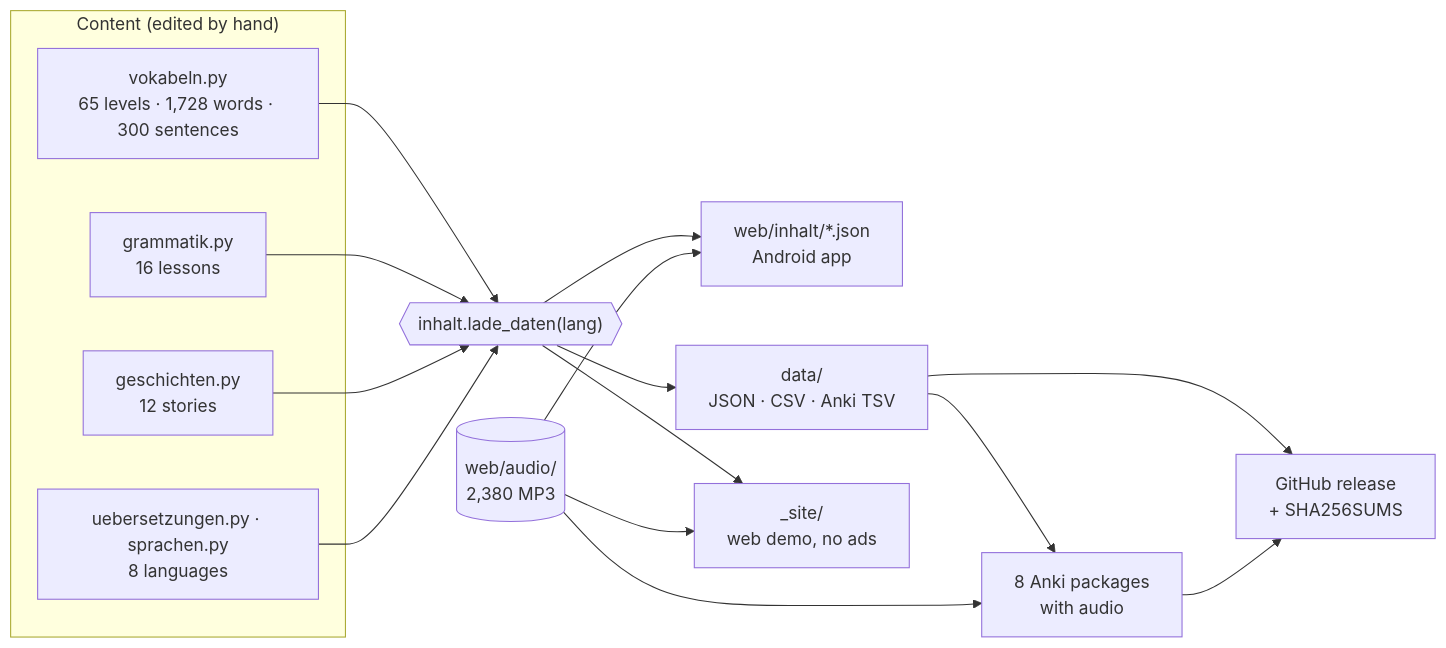
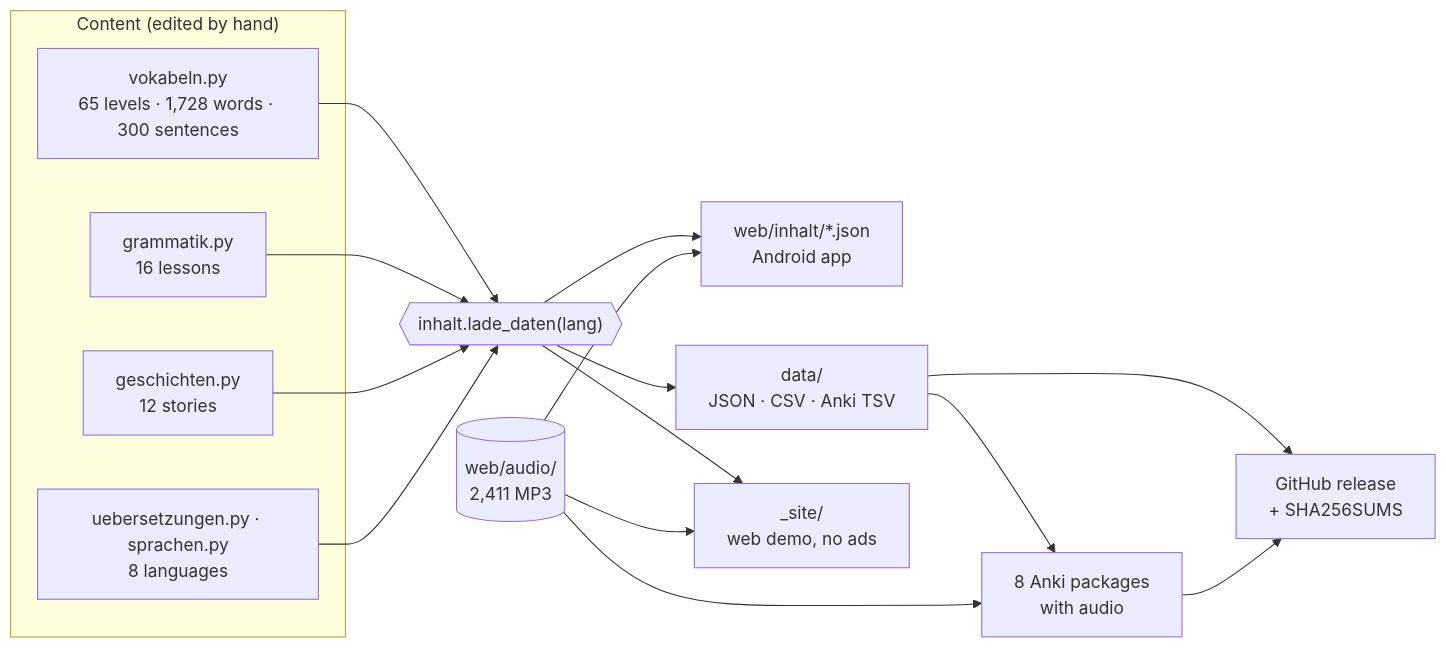
The first of 2 diagrams in README.md (zmaj-lernapp/zmaj), drawn with Mermaid before and after one commit. The commit also changed other lines of this file and 39 other files, not shown here.

````diff
--- a/README.md
+++ b/README.md
@@ -126,19 +126,19 @@
 ```mermaid
 flowchart LR
   subgraph src["Content (edited by hand)"]
     V["vokabeln.py<br/>65 levels · 1,728 words · 300 sentences"]
     G["grammatik.py<br/>16 lessons"]
     S["geschichten.py<br/>12 stories"]
     U["uebersetzungen.py · sprachen.py<br/>8 languages"]
   end
   L{{"inhalt.lade_daten(lang)"}}
   V & G & S & U --> L
-  A[("web/audio/<br/>2,380 MP3")]
+  A[("web/audio/<br/>2,411 MP3")]
   L --> APP["web/inhalt/*.json<br/>Android app"]
   L --> DS["data/<br/>JSON · CSV · Anki TSV"]
   L --> DEMO["_site/<br/>web demo, no ads"]
   DS --> ANKI["8 Anki packages<br/>with audio"]
   A --> APP & DEMO & ANKI
   DS --> REL["GitHub release<br/>+ SHA256SUMS"]
   ANKI --> REL
 ```
````
